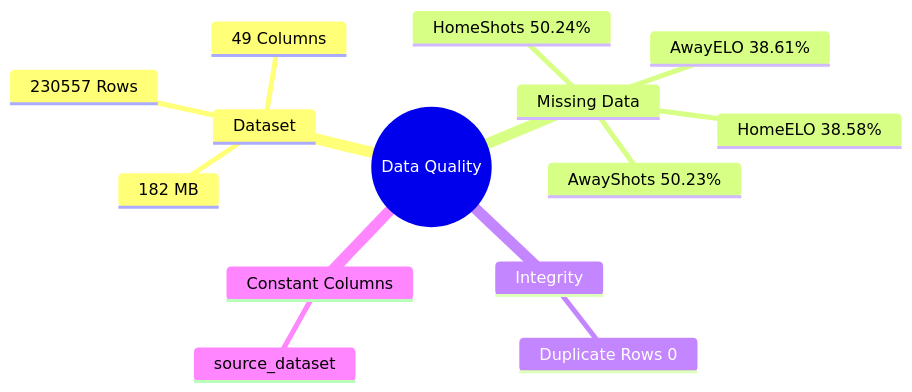
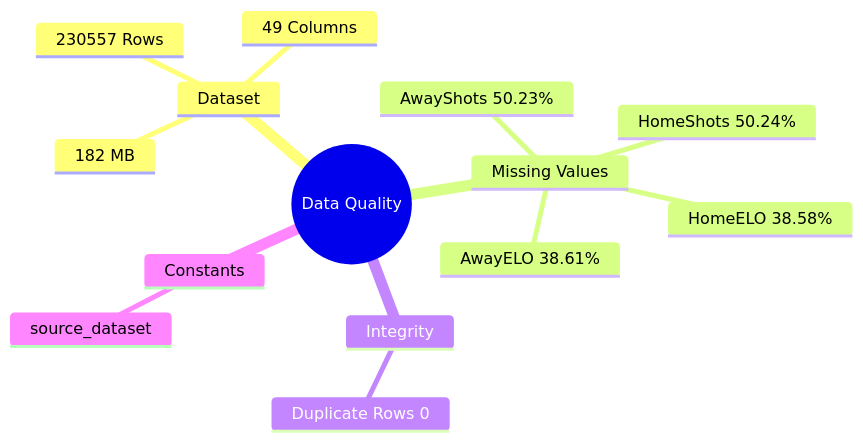
The sixth of 9 diagrams in Match_Prediction_Intelligence.md (sai-ganesh-4539/StatVault), drawn with Mermaid before and after one commit. The commit also changed other lines of this file, not shown here.

````diff
--- a/Match_Prediction_Intelligence.md
+++ b/Match_Prediction_Intelligence.md
@@ -225,21 +203,21 @@
 ```mermaid
 mindmap
   root((Data Quality))
 
     Dataset
       230557 Rows
       49 Columns
       182 MB
 
-    Missing Data
+    Missing Values
       HomeELO 38.58%
       AwayELO 38.61%
       HomeShots 50.24%
       AwayShots 50.23%
 
     Integrity
       Duplicate Rows 0
 
-    Constant Columns
+    Constants
       source_dataset
 ```
````
